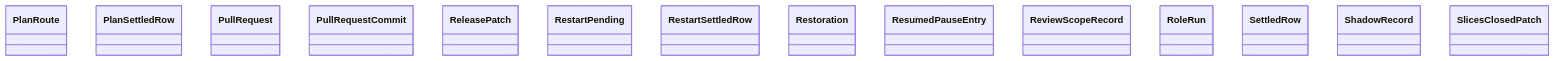
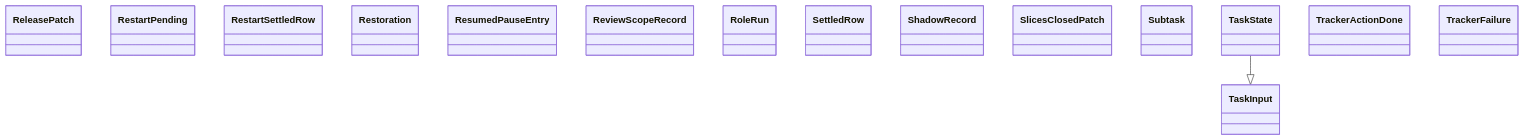
The diagram in docs/architecture/generated/classes-process-domain-state-7.md (GonzaloZevallos/agentic-system), drawn with Mermaid before and after one commit. The commit also changed other lines of this file and 10 other files, not shown here.

````diff
--- a/docs/architecture/generated/classes-process-domain-state-7.md
+++ b/docs/architecture/generated/classes-process-domain-state-7.md
@@ -28,17 +28,19 @@
 ```mermaid
 classDiagram
-    class task__PlanRoute["PlanRoute"]
-    class task__PlanSettledRow["PlanSettledRow"]
-    class task__PullRequest["PullRequest"]
-    class task__PullRequestCommit["PullRequestCommit"]
     class task__ReleasePatch["ReleasePatch"]
     class task__RestartPending["RestartPending"]
     class task__RestartSettledRow["RestartSettledRow"]
     class task__Restoration["Restoration"]
     class task__ResumedPauseEntry["ResumedPauseEntry"]
     class task__ReviewScopeRecord["ReviewScopeRecord"]
     class task__RoleRun["RoleRun"]
     class task__SettledRow["SettledRow"]
     class task__ShadowRecord["ShadowRecord"]
     class task__SlicesClosedPatch["SlicesClosedPatch"]
+    class task__Subtask["Subtask"]
+    class task__TaskInput["TaskInput"]
+    class task__TaskState["TaskState"]
+    class task__TrackerActionDone["TrackerActionDone"]
+    class task__TrackerFailure["TrackerFailure"]
+    task__TaskState --|> task__TaskInput
 ```
````
